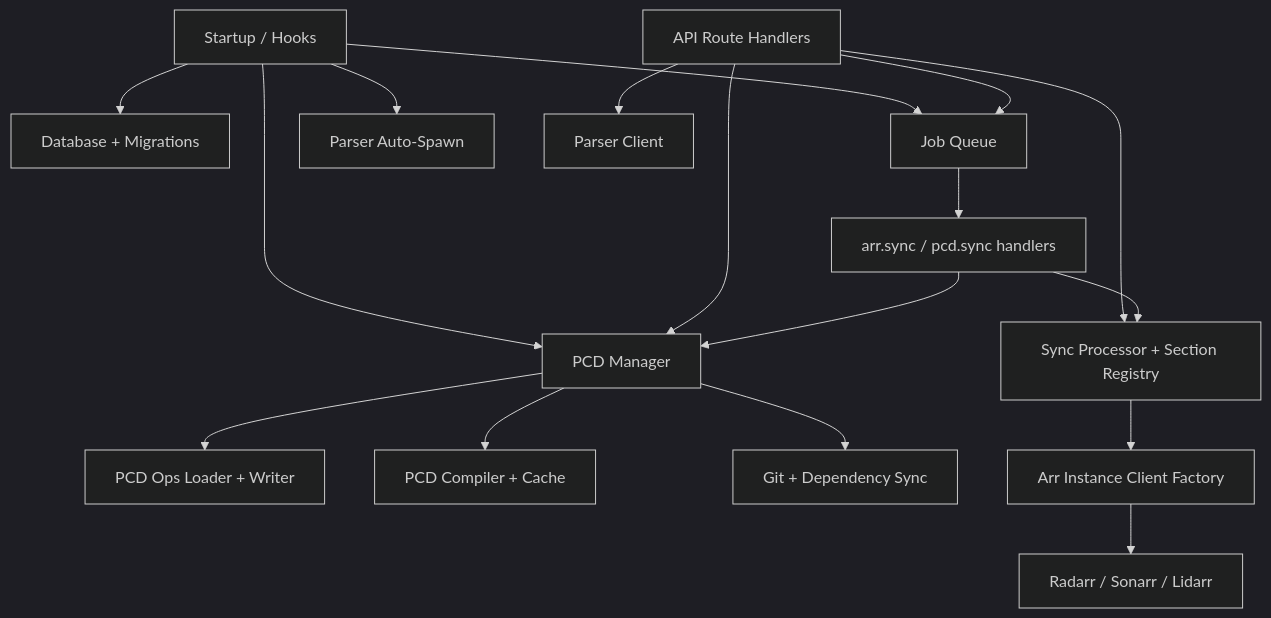
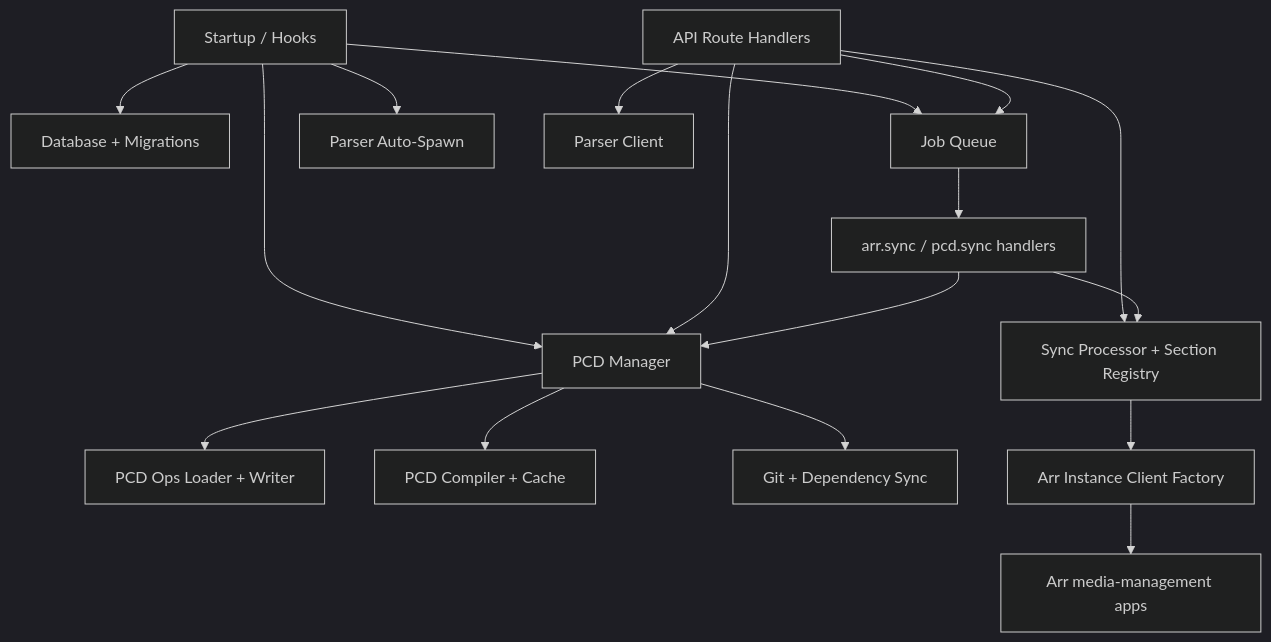
One commit to yandy-r/praxrr changed the diagram in docs/architecture/components.md. Above: the diagram before and after it, drawn with Mermaid (dark theme). The commit also changed 5 other files, not shown here.

Commit message:
docs: generalize architecture and guide terminology

````diff
--- a/docs/architecture/components.md
+++ b/docs/architecture/components.md
@@ -5,23 +5,23 @@
 ```mermaid
 flowchart TB
     Startup[Startup / Hooks] --> DB[Database + Migrations]
     Startup --> PCD[PCD Manager]
     Startup --> Jobs[Job Queue]
     Startup --> ParserSpawn[Parser Auto-Spawn]
 
     API[API Route Handlers] --> PCD
     API --> Sync[Sync Processor + Section Registry]
     API --> Jobs
     API --> ParserClient[Parser Client]
 
     PCD --> PCDOps[PCD Ops Loader + Writer]
     PCD --> PCDCompiler[PCD Compiler + Cache]
     PCD --> Git[Git + Dependency Sync]
 
     Sync --> ArrClient[Arr Instance Client Factory]
-    ArrClient --> ArrApps[Radarr / Sonarr / Lidarr]
+    ArrClient --> ArrApps[Arr media-management apps]
 
     Jobs --> JobHandlers[arr.sync / pcd.sync handlers]
     JobHandlers --> Sync
     JobHandlers --> PCD
 ```
````
